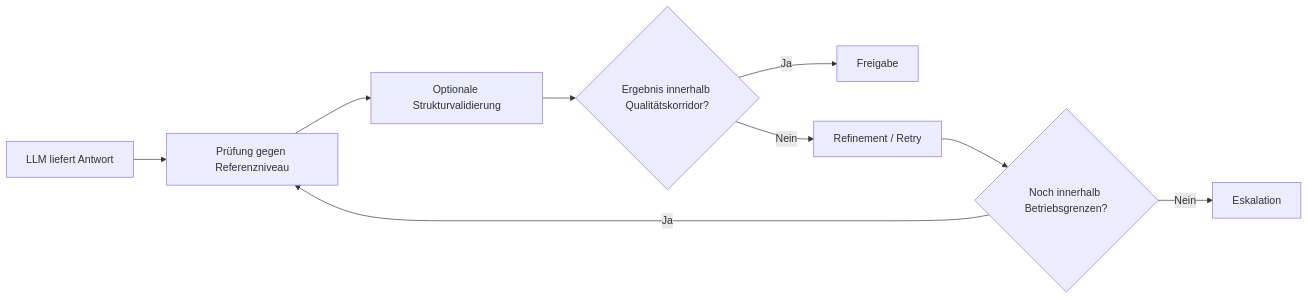
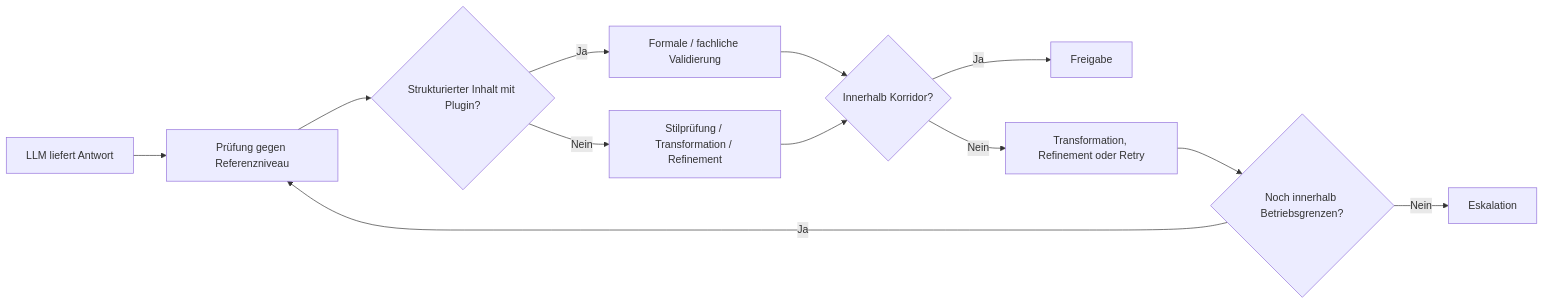
One commit to max-dingsda/MDAL changed the diagram in Docs/10-operating-principles.md. Above: the diagram before and after it, drawn with Mermaid. The commit also changed other lines of this file and 7 other files, not shown here.

````diff
--- a/Docs/10-operating-principles.md
+++ b/Docs/10-operating-principles.md
@@ -57,11 +59,14 @@
 ```mermaid
 flowchart LR
     A[LLM liefert Antwort] --> B[Prüfung gegen Referenzniveau]
-    B --> C[Optionale Strukturvalidierung]
-    C --> D{Ergebnis innerhalb Qualitätskorridor?}
-    D -- Ja --> E[Freigabe]
-    D -- Nein --> F[Refinement / Retry]
-    F --> G{Noch innerhalb Betriebsgrenzen?}
-    G -- Ja --> B
-    G -- Nein --> H[Eskalation]
+    B --> C{Strukturierter Inhalt mit Plugin?}
+    C -- Ja --> D[Formale / fachliche Validierung]
+    C -- Nein --> E[Stilprüfung / Transformation / Refinement]
+    D --> F{Innerhalb Korridor?}
+    E --> F
+    F -- Ja --> G[Freigabe]
+    F -- Nein --> H[Transformation, Refinement oder Retry]
+    H --> I{Noch innerhalb Betriebsgrenzen?}
+    I -- Ja --> B
+    I -- Nein --> J[Eskalation]
 ```
````
